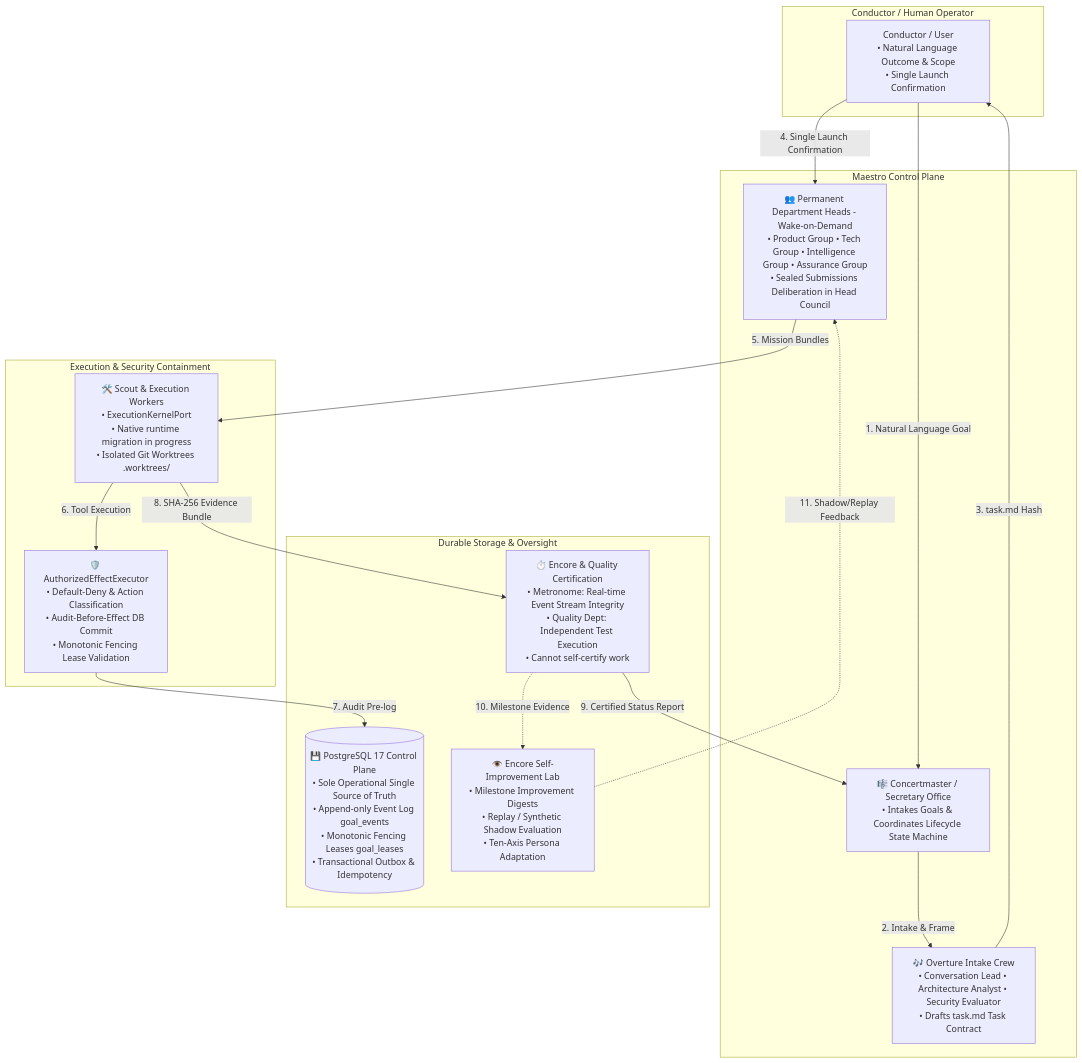
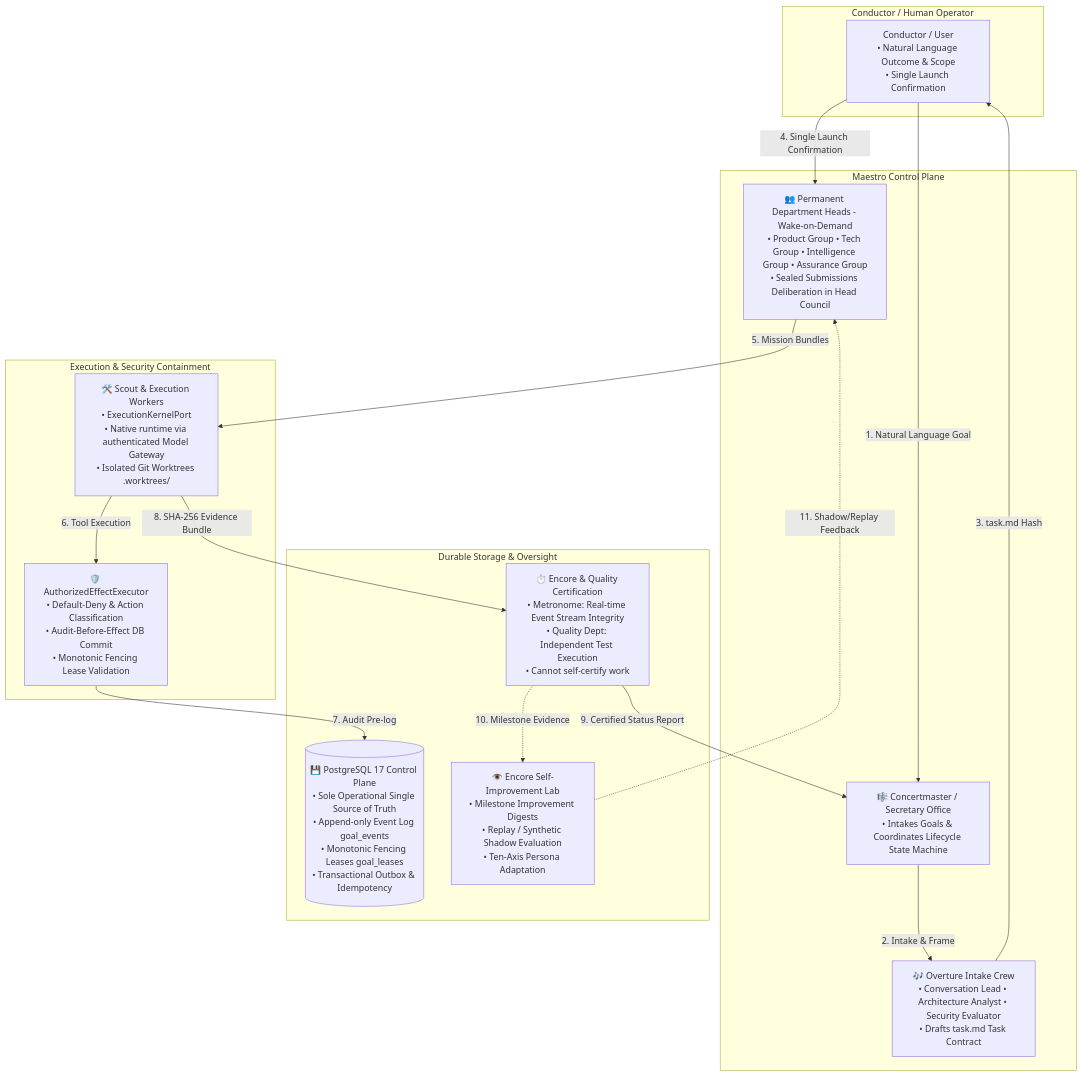
Before and after one commit to noth3dev/maestro: the diagram in docs/en/01-system-overview.md, drawn with Mermaid. The commit also changed other lines of this file and 35 other files, not shown here.

````diff
--- a/docs/en/01-system-overview.md
+++ b/docs/en/01-system-overview.md
@@ -7,35 +7,35 @@
 ```mermaid
 flowchart TD
     subgraph UserLayer [Conductor / Human Operator]
         CONDUCTOR[Conductor / User<br/>• Natural Language Outcome & Scope<br/>• Single Launch Confirmation]
     end
 
     subgraph ControlPlaneLayer [Maestro Control Plane]
         CONCERTMASTER[🎼 Concertmaster / Secretary Office<br/>• Intakes Goals & Coordinates Lifecycle State Machine]
         OVERTURE[🎶 Overture Intake Crew<br/>• Conversation Lead • Architecture Analyst • Security Evaluator<br/>• Drafts task.md Task Contract]
         DEPARTMENTS[👥 Permanent Department Heads - Wake-on-Demand<br/>• Product Group • Tech Group • Intelligence Group • Assurance Group<br/>• Sealed Submissions Deliberation in Head Council]
     end
 
     subgraph ExecutionSecurityLayer [Execution & Security Containment]
-        WORKERS[🛠️ Scout & Execution Workers<br/>• ExecutionKernelPort<br/>• Native runtime migration in progress<br/>• Isolated Git Worktrees .worktrees/ ]
+        WORKERS[🛠️ Scout & Execution Workers<br/>• ExecutionKernelPort<br/>• Native runtime via authenticated Model Gateway<br/>• Isolated Git Worktrees .worktrees/ ]
         EXECUTOR[🛡️ AuthorizedEffectExecutor<br/>• Default-Deny & Action Classification<br/>• Audit-Before-Effect DB Commit<br/>• Monotonic Fencing Lease Validation]
     end
 
     subgraph PersistenceOversightLayer [Durable Storage & Oversight]
         ENCORE[⏱️ Encore & Quality Certification<br/>• Metronome: Real-time Event Stream Integrity<br/>• Quality Dept: Independent Test Execution<br/>• Cannot self-certify work]
         POSTGRES[(💾 PostgreSQL 17 Control Plane<br/>• Sole Operational Single Source of Truth<br/>• Append-only Event Log goal_events<br/>• Monotonic Fencing Leases goal_leases<br/>• Transactional Outbox & Idempotency)]
         ENCORE_LAB[👁️ Encore Self-Improvement Lab<br/>• Milestone Improvement Digests<br/>• Replay / Synthetic Shadow Evaluation<br/>• Ten-Axis Persona Adaptation]
     end
 
     CONDUCTOR -->|1. Natural Language Goal| CONCERTMASTER
     CONCERTMASTER -->|2. Intake & Frame| OVERTURE
     OVERTURE -->|3. task.md Hash| CONDUCTOR
     CONDUCTOR -->|4. Single Launch Confirmation| DEPARTMENTS
     DEPARTMENTS -->|5. Mission Bundles| WORKERS
     WORKERS -->|6. Tool Execution| EXECUTOR
     EXECUTOR -->|7. Audit Pre-log| POSTGRES
     WORKERS -->|8. SHA-256 Evidence Bundle| ENCORE
     ENCORE -->|9. Certified Status Report| CONCERTMASTER
     ENCORE -.->|10. Milestone Evidence| ENCORE_LAB
     ENCORE_LAB -.->|11. Shadow/Replay Feedback| DEPARTMENTS
 ```
````
